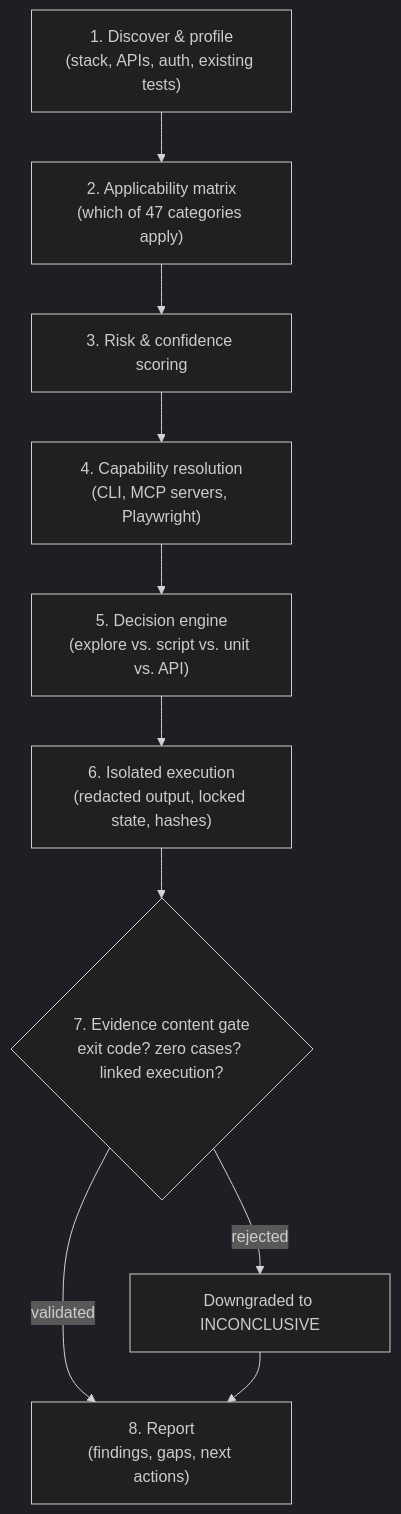
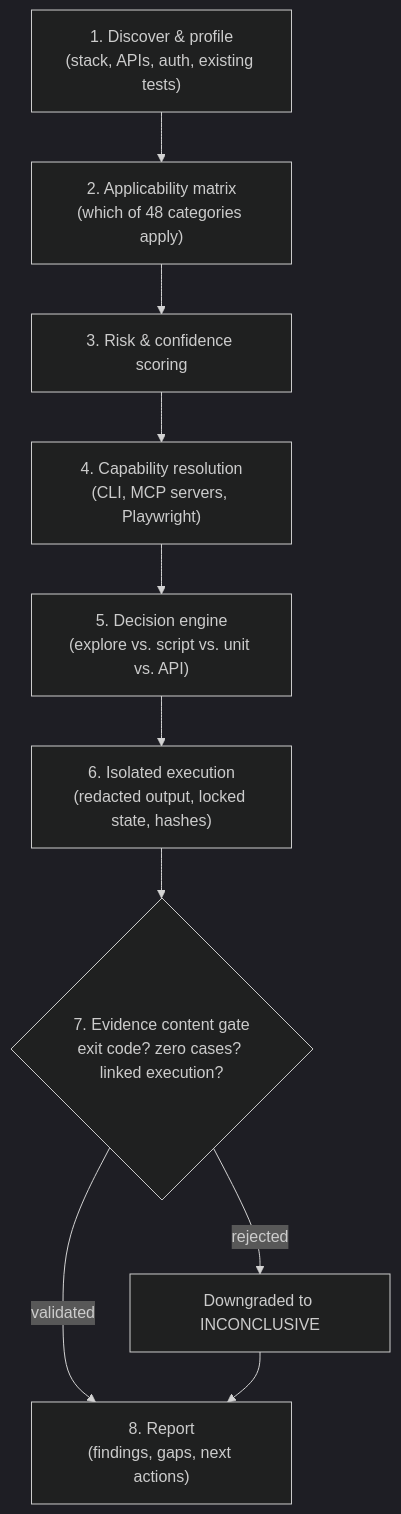
The diagram in README.md (Purushotham-Prajapati-24/qa-skills), drawn with Mermaid (dark theme) before and after one commit. The commit also changed other lines of this file and 58 other files, not shown here.

````diff
--- a/README.md
+++ b/README.md
@@ -66,12 +66,12 @@
 ```mermaid
 flowchart TD
-    A["1. Discover & profile\n(stack, APIs, auth, existing tests)"] --> B["2. Applicability matrix\n(which of 47 categories apply)"]
+    A["1. Discover & profile\n(stack, APIs, auth, existing tests)"] --> B["2. Applicability matrix\n(which of 48 categories apply)"]
     B --> C["3. Risk & confidence scoring"]
     C --> D["4. Capability resolution\n(CLI, MCP servers, Playwright)"]
     D --> E["5. Decision engine\n(explore vs. script vs. unit vs. API)"]
     E --> F["6. Isolated execution\n(redacted output, locked state, hashes)"]
     F --> G{"7. Evidence content gate\nexit code? zero cases? linked execution?"}
     G -->|validated| H["8. Report\n(findings, gaps, next actions)"]
     G -->|rejected| I["Downgraded to INCONCLUSIVE"]
     I --> H
 ```
````
